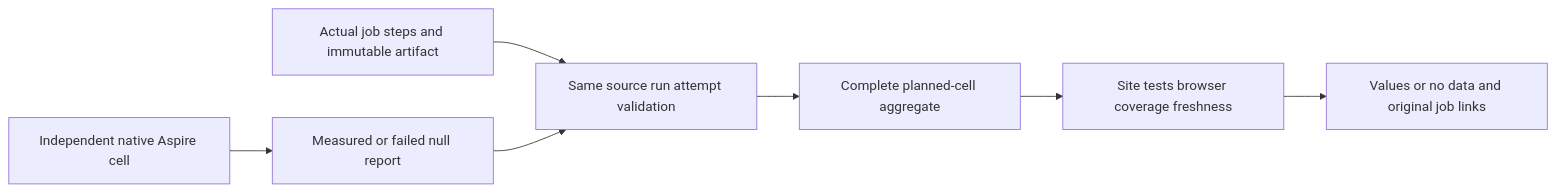
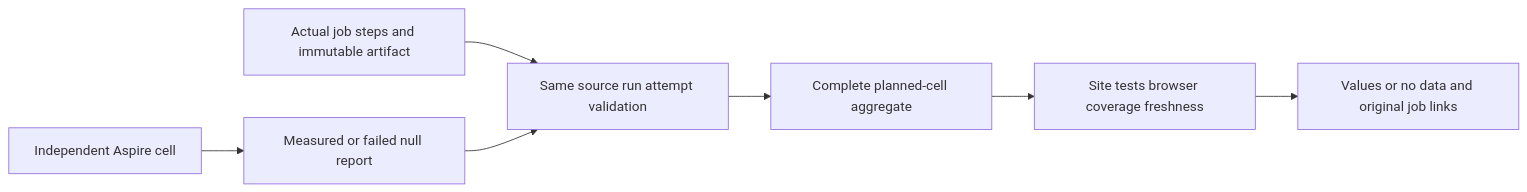
Before and after one commit to managedcode/KeyLoad: diagram 28 of 30 in docs/Architecture.md, drawn with Mermaid. The commit also changed other lines of this file and 9016 other files, not shown here.

````diff
--- a/docs/Architecture.md
+++ b/docs/Architecture.md
@@ -772,9 +781,9 @@
 ```mermaid
 flowchart LR
-  Job[Independent native Aspire cell] --> Result[Measured or failed null report]
+  Job[Independent Aspire cell] --> Result[Measured or failed null report]
   GitHub[Actual job steps and immutable artifact] --> Proof[Same source run attempt validation]
   Result --> Proof
   Proof --> Aggregate[Complete planned-cell aggregate]
   Aggregate --> Qualification[Site tests browser coverage freshness]
   Qualification --> Site[Values or no data and original job links]
 ```
````
